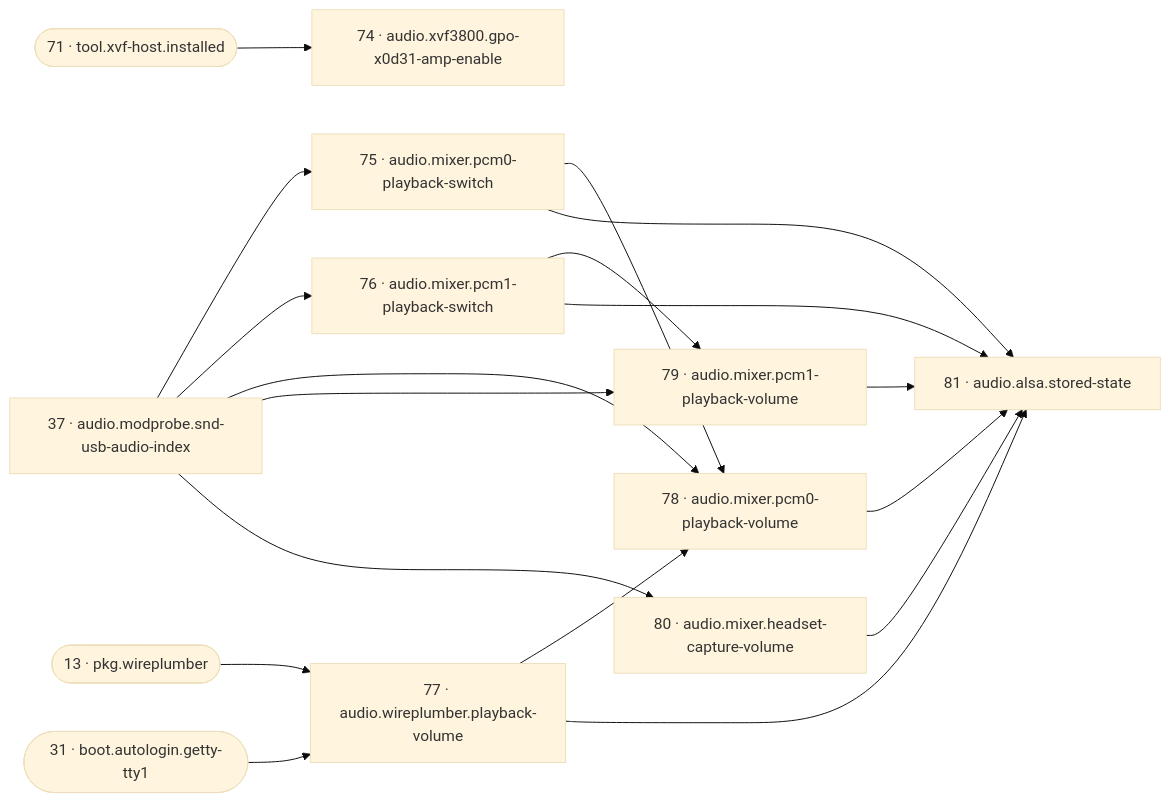
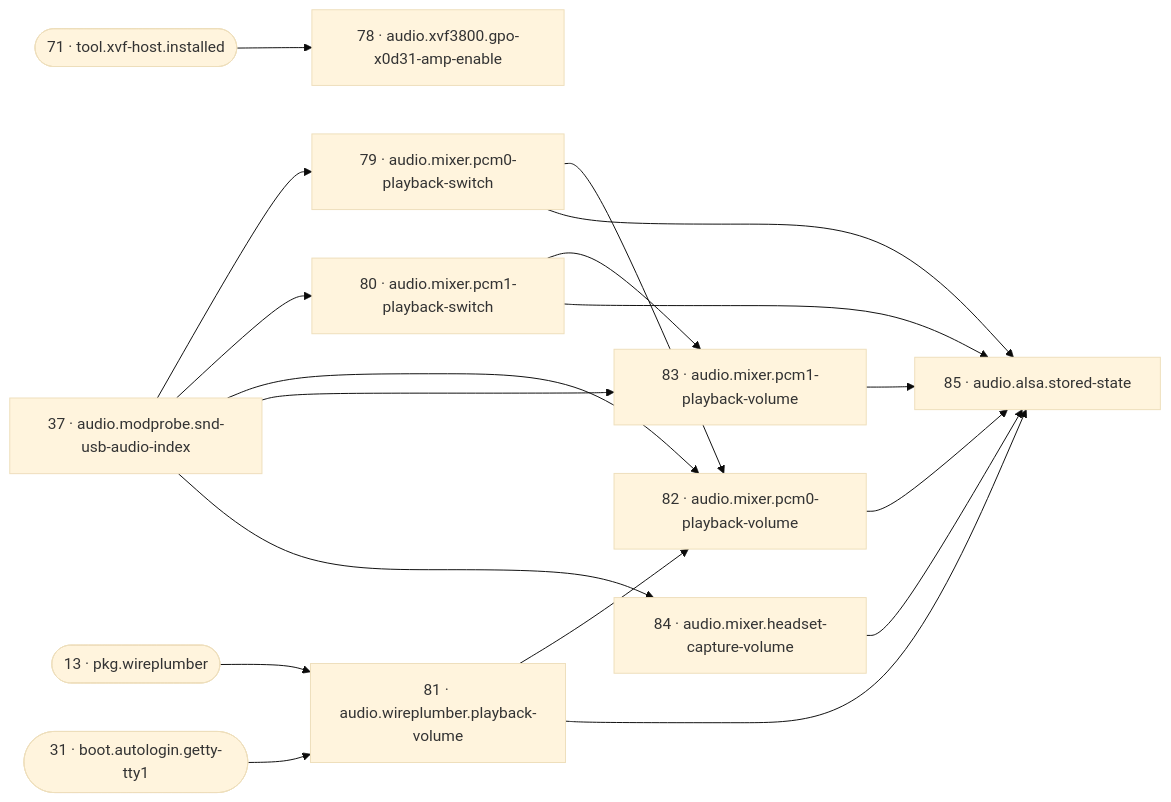
Before and after one commit to SixFive7/FrameLink: the ninth of 21 diagrams in reference/reconcile-dag.md, drawn with Mermaid (base theme). The commit also changed other lines of this file and 10 other files, not shown here.

````diff
--- a/reference/reconcile-dag.md
+++ b/reference/reconcile-dag.md
@@ -339,32 +344,32 @@
 ```mermaid
 flowchart LR
   r37["37 · audio.modprobe.snd-usb-audio-index"]
-  r74["74 · audio.xvf3800.gpo-x0d31-amp-enable"]
-  r75["75 · audio.mixer.pcm0-playback-switch"]
-  r76["76 · audio.mixer.pcm1-playback-switch"]
-  r77["77 · audio.wireplumber.playback-volume"]
-  r78["78 · audio.mixer.pcm0-playback-volume"]
-  r79["79 · audio.mixer.pcm1-playback-volume"]
-  r80["80 · audio.mixer.headset-capture-volume"]
-  r81["81 · audio.alsa.stored-state"]
+  r78["78 · audio.xvf3800.gpo-x0d31-amp-enable"]
+  r79["79 · audio.mixer.pcm0-playback-switch"]
+  r80["80 · audio.mixer.pcm1-playback-switch"]
+  r81["81 · audio.wireplumber.playback-volume"]
+  r82["82 · audio.mixer.pcm0-playback-volume"]
+  r83["83 · audio.mixer.pcm1-playback-volume"]
+  r84["84 · audio.mixer.headset-capture-volume"]
+  r85["85 · audio.alsa.stored-state"]
   r13(["13 · pkg.wireplumber"])
   r31(["31 · boot.autologin.getty-tty1"])
   r71(["71 · tool.xvf-host.installed"])
-  r71 --> r74
-  r37 --> r75
-  r37 --> r76
-  r13 --> r77
-  r31 --> r77
-  r37 --> r78
-  r75 --> r78
-  r77 --> r78
+  r71 --> r78
   r37 --> r79
-  r76 --> r79
   r37 --> r80
-  r78 --> r81
-  r79 --> r81
-  r80 --> r81
-  r75 --> r81
-  r76 --> r81
-  r77 --> r81
+  r13 --> r81
+  r31 --> r81
+  r37 --> r82
+  r79 --> r82
+  r81 --> r82
+  r37 --> r83
+  r80 --> r83
+  r37 --> r84
+  r82 --> r85
+  r83 --> r85
+  r84 --> r85
+  r79 --> r85
+  r80 --> r85
+  r81 --> r85
 ```
````
